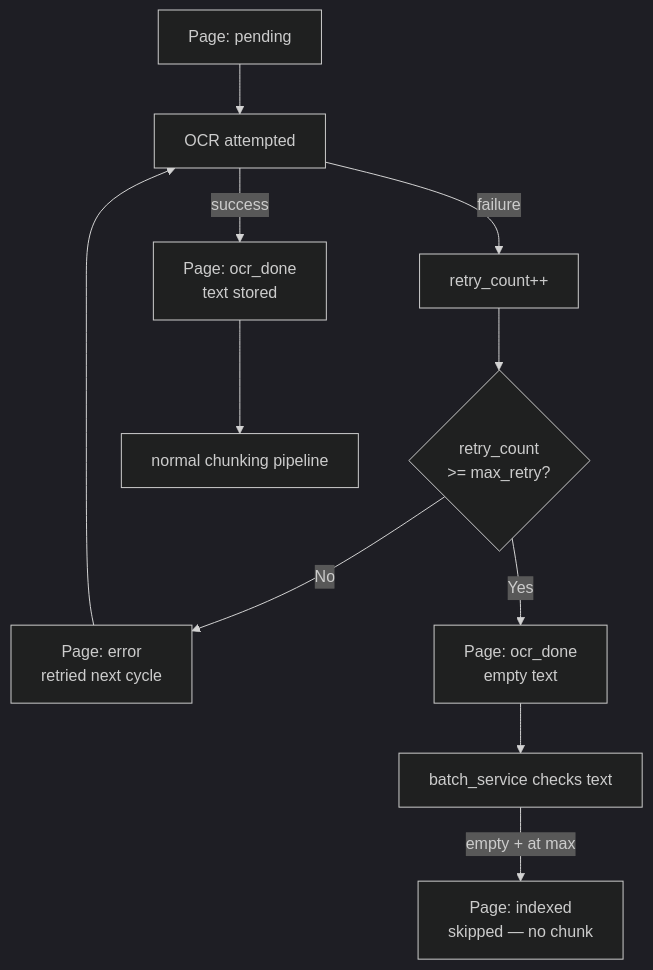
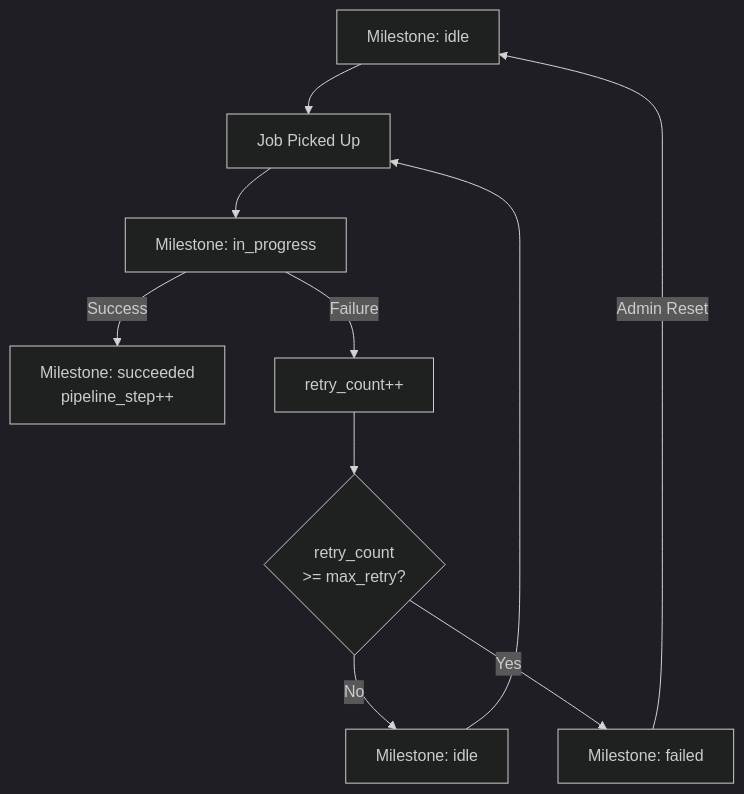
Before and after one commit to Kitabim-AI/kitabim-ai: the third of 3 diagrams in docs/book_processing_diagram.md, drawn with Mermaid (dark theme). The commit also changed other lines of this file and 58 other files, not shown here.

````diff
--- a/docs/book_processing_diagram.md
+++ b/docs/book_processing_diagram.md
@@ -134,13 +98,12 @@
 ```mermaid
 flowchart TD
-    A[Page: pending] --> B[OCR attempted]
-    B -->|success| C[Page: ocr_done\ntext stored]
-    B -->|failure| D[retry_count++]
-    D --> E{retry_count\n>= max_retry?}
-    E -->|No| F[Page: error\nretried next cycle]
-    F --> B
-    E -->|Yes| G[Page: ocr_done\nempty text]
-    G --> H[batch_service checks text]
-    H -->|empty + at max| I[Page: indexed\nskipped — no chunk]
-    C --> J[normal chunking pipeline]
+    A[Milestone: idle] --> B[Job Picked Up]
+    B --> C[Milestone: in_progress]
+    C -->|Success| D[Milestone: succeeded\npipeline_step++]
+    C -->|Failure| E[retry_count++]
+    E --> F{retry_count\n>= max_retry?}
+    F -->|No| G[Milestone: idle]
+    G --> B
+    F -->|Yes| H[Milestone: failed]
+    H -->|Admin Reset| A
 ```
````
